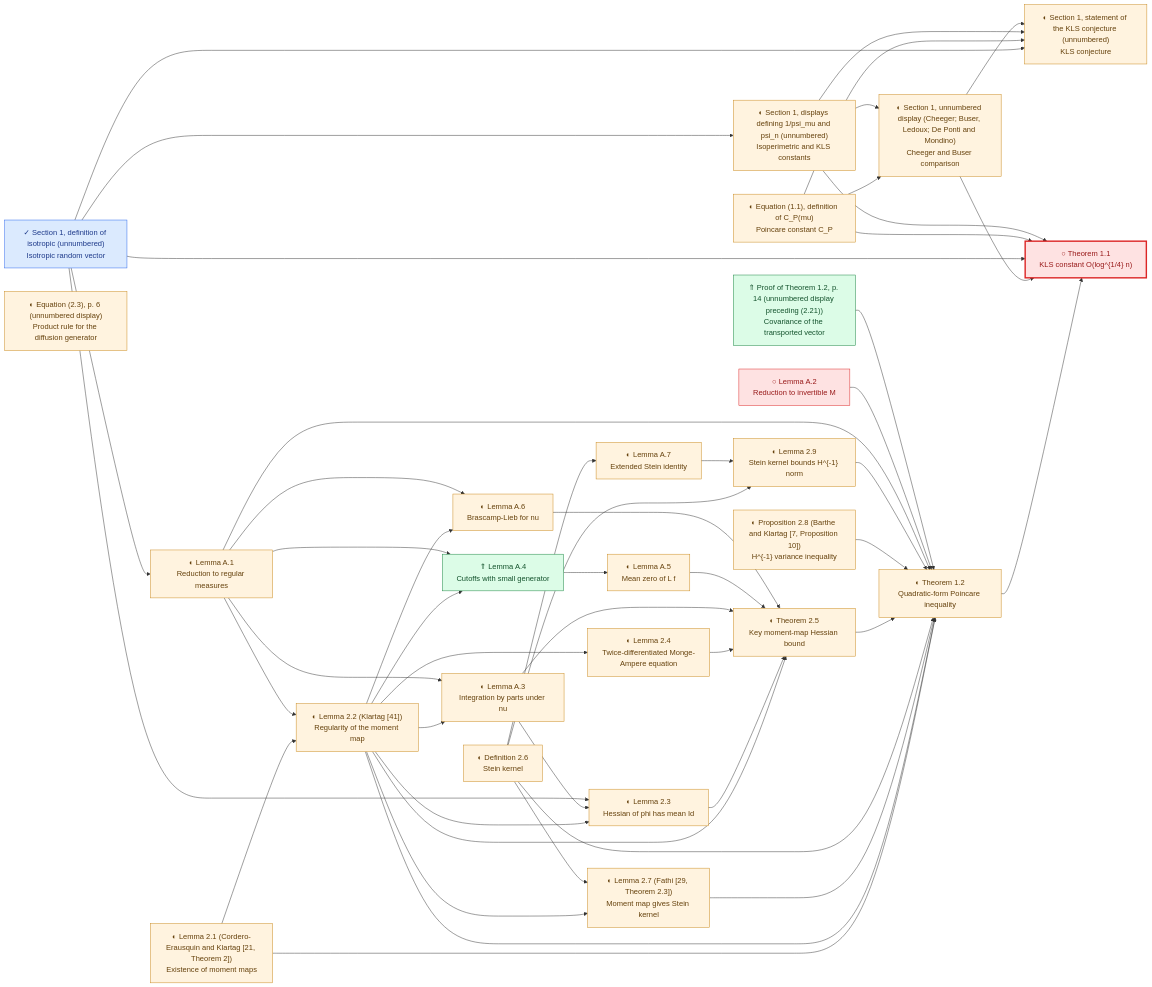
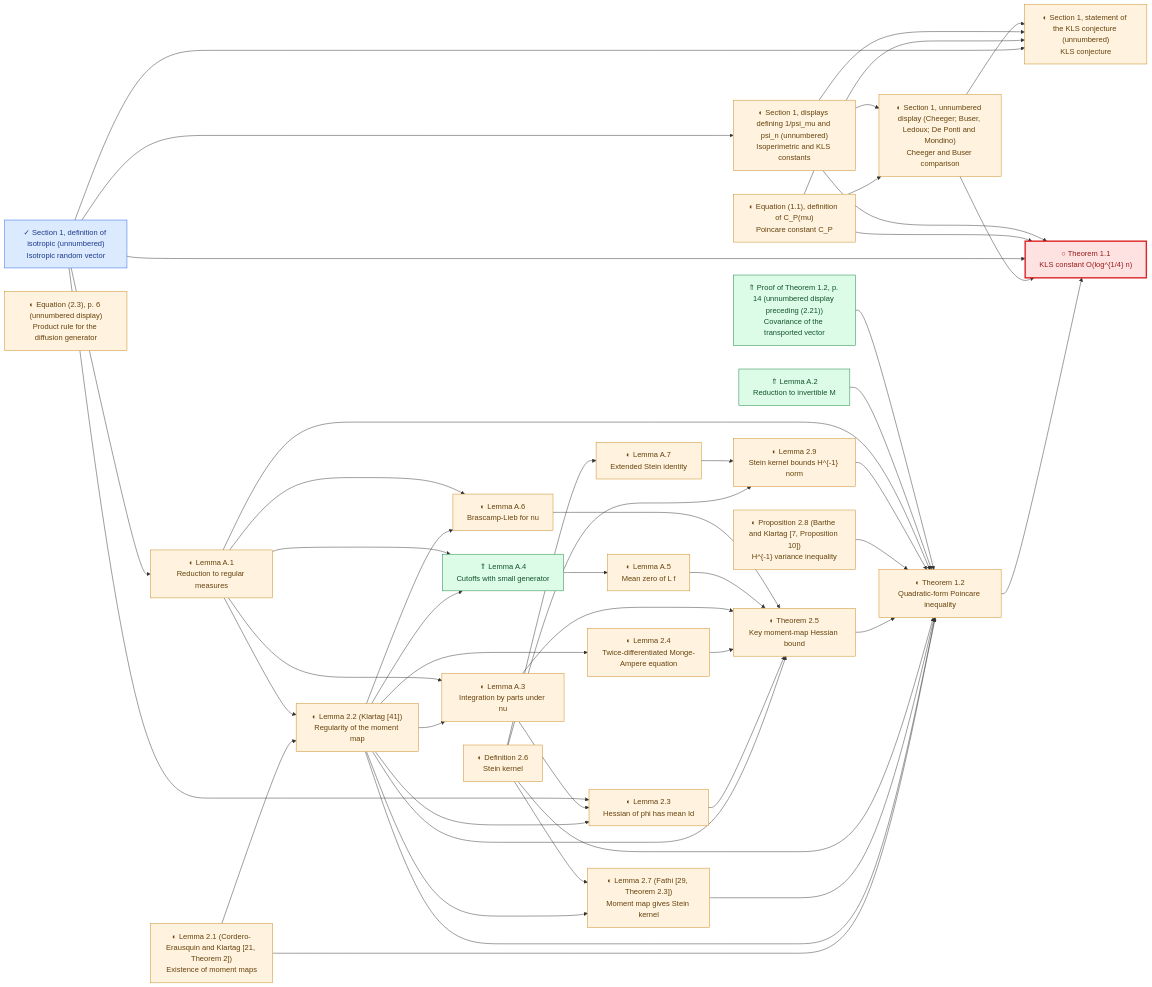
Before and after one commit to human-ai-mathematics/kls-lean: diagram 23 of 26 in research/progress/README.md, drawn with Mermaid. The commit also changed other lines of this file and 367 other files, not shown here.

````diff
--- a/research/progress/README.md
+++ b/research/progress/README.md
@@ -1179,7 +1184,7 @@
     Letwin2026_P28["◐ Proposition 2.8 (Barthe and Klartag [7, Proposition 10])<br/>H^{-1} variance inequality"]
     Letwin2026_L29["◐ Lemma 2.9<br/>Stein kernel bounds H^{-1} norm"]
     Letwin2026_LA1["◐ Lemma A.1<br/>Reduction to regular measures"]
-    Letwin2026_LA2["○ Lemma A.2<br/>Reduction to invertible M"]
+    Letwin2026_LA2["⇑ Lemma A.2<br/>Reduction to invertible M"]
     Letwin2026_LA3["◐ Lemma A.3<br/>Integration by parts under nu"]
     Letwin2026_LA4["⇑ Lemma A.4<br/>Cutoffs with small generator"]
     Letwin2026_LA5["◐ Lemma A.5<br/>Mean zero of L f"]
@@ -1237,8 +1242,8 @@
     classDef lemma_partial fill:#fff3df,stroke:#c88719,color:#66420d;
     class Letwin2026_DCP,Letwin2026_DPSI,Letwin2026_ECMP,Letwin2026_CONJ,Letwin2026_T12,Letwin2026_L21,Letwin2026_L22,Letwin2026_L23,Letwin2026_E23,Letwin2026_L24,Letwin2026_T25,Letwin2026_D26,Letwin2026_L27,Letwin2026_P28,Letwin2026_L29,Letwin2026_LA1,Letwin2026_LA3,Letwin2026_LA5,Letwin2026_LA6,Letwin2026_LA7 lemma_partial;
     classDef lemma_pending fill:#fee2e2,stroke:#dc2626,color:#991b1b;
-    class Letwin2026_T11,Letwin2026_LA2 lemma_pending;
+    class Letwin2026_T11 lemma_pending;
     classDef lemma_improved fill:#dcfce7,stroke:#15803d,color:#14532d;
-    class Letwin2026_CZ14,Letwin2026_LA4 lemma_improved;
+    class Letwin2026_CZ14,Letwin2026_LA2,Letwin2026_LA4 lemma_improved;
     style Letwin2026_T11 stroke-width:3px
 ```
````
